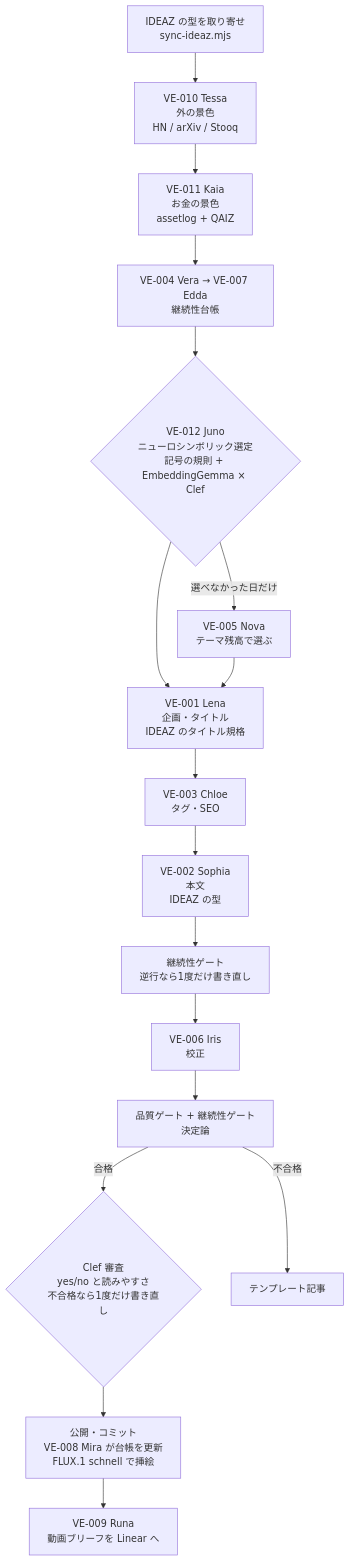
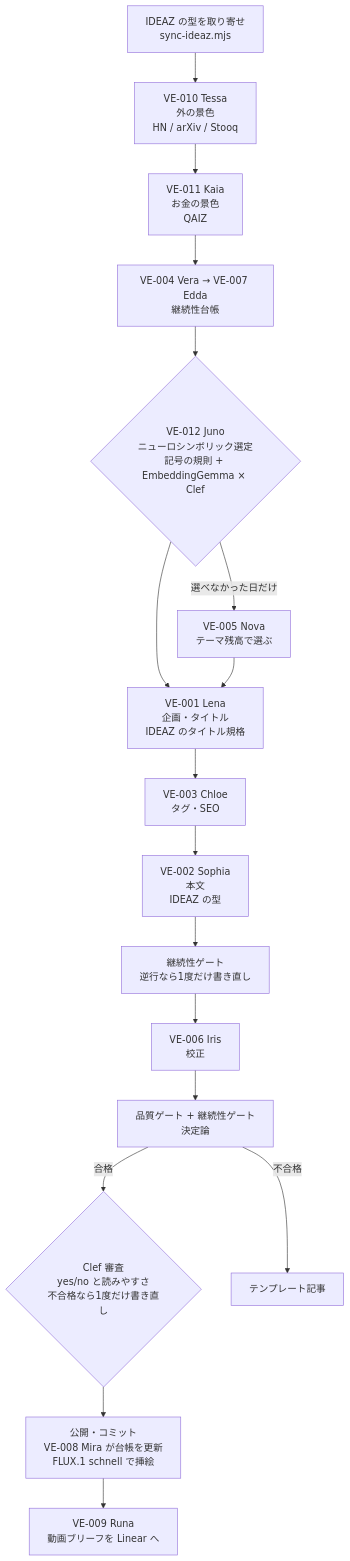
The diagram in README.md (gentaron/genesisvault), drawn with Mermaid before and after one commit. The commit also changed other lines of this file and 4 other files, not shown here.

First line of the commit message:
Keep Assetlog standalone; use QAIZ only for market pulse (#244)

````diff
--- a/README.md
+++ b/README.md
@@ -60,20 +60,20 @@
 ```mermaid
 flowchart TD
   S[IDEAZ の型を取り寄せ<br/>sync-ideaz.mjs] --> T
   T[VE-010 Tessa<br/>外の景色<br/>HN / arXiv / Stooq] --> K
-  K[VE-011 Kaia<br/>お金の景色<br/>assetlog + QAIZ] --> V
+  K[VE-011 Kaia<br/>お金の景色<br/>QAIZ] --> V
   V[VE-004 Vera → VE-007 Edda<br/>継続性台帳] --> J
   J{VE-012 Juno<br/>ニューロシンボリック選定<br/>記号の規則 + EmbeddingGemma × Clef}
   J -->|選べなかった日だけ| N[VE-005 Nova<br/>テーマ残高で選ぶ]
   J --> L
   N --> L
   L[VE-001 Lena<br/>企画・タイトル<br/>IDEAZ のタイトル規格] --> C[VE-003 Chloe<br/>タグ・SEO]
   C --> W[VE-002 Sophia<br/>本文<br/>IDEAZ の型]
   W --> G1[継続性ゲート<br/>逆行なら1度だけ書き直し]
   G1 --> I[VE-006 Iris<br/>校正]
   I --> G2[品質ゲート + 継続性ゲート<br/>決定論]
   G2 -->|合格| CR{Clef 審査<br/>yes/no と読みやすさ<br/>不合格なら1度だけ書き直し}
   CR --> P[公開・コミット<br/>VE-008 Mira が台帳を更新<br/>FLUX.1 schnell で挿絵]
   G2 -->|不合格| F[テンプレート記事]
   P --> R[VE-009 Runa<br/>動画ブリーフを Linear へ]
 ```
````
